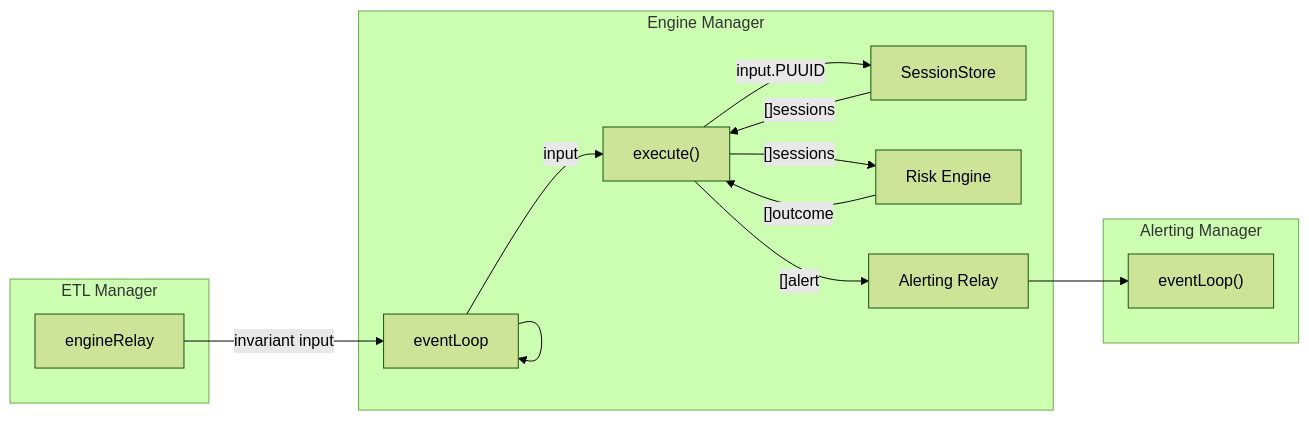
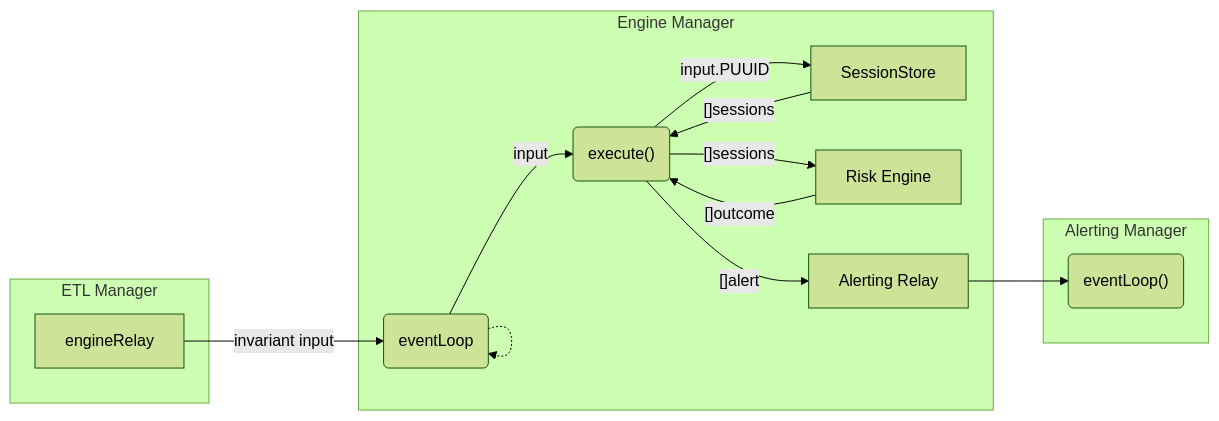
One commit to base-org/pessimism changed the diagram in docs/ENGINE.md. Above: the diagram before and after it, drawn with Mermaid (forest theme). The commit also changed other lines of this file and 3 other files, not shown here.

````diff
--- a/docs/ENGINE.md
+++ b/docs/ENGINE.md
@@ -9,20 +9,20 @@
 ```mermaid
 graph LR;
     subgraph A["Engine Manager"]
-        C -->  C[eventLoop];
-        C --> |input|D["execute()"]
+        C(eventLoop) -.->  C;
+        C --> |input|D("execute()")
         D --> |input.PUUID|E[SessionStore]
         E --> |"[]sessions"|D
         D --> |"[]sessions"|F[Risk Engine]
         F --> |"[]outcome"|D
         D --> |"[]alert"|G[Alerting Relay]
     end
 
     subgraph AA["ETL Manager"]
         Z["engineRelay"] --> |"invariant input"|C
     end
 
     subgraph AAA["Alerting Manager"]
-        G --> FF["eventLoop()"]
+        G --> FF("eventLoop()")
     end
 ```
````
